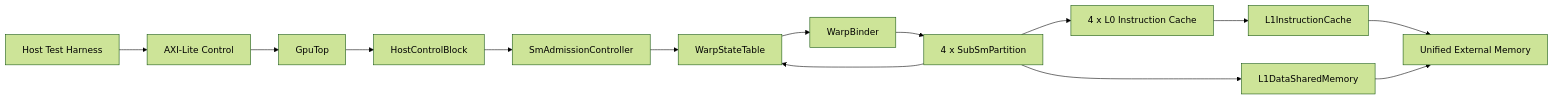
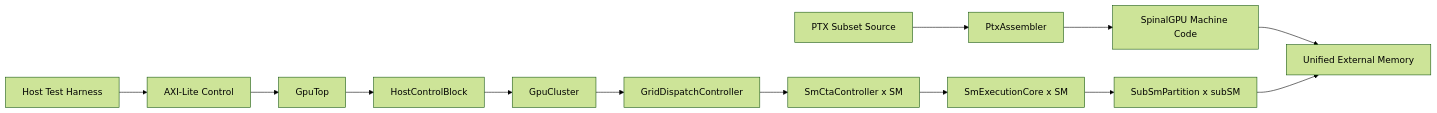
The diagram in docs/diagrams/frontend-execution.mmd (lastweek/SpinalGPU), drawn with Mermaid (forest theme) before and after one commit. The commit also changed 34 other files, not shown here.

```diff
--- a/docs/diagrams/frontend-execution.mmd
+++ b/docs/diagrams/frontend-execution.mmd
@@ -1,20 +1,20 @@
 flowchart LR
   HOST[Host Test Harness]
+  PTX[PTX Subset Source]
+  TOOLCHAIN[PtxAssembler]
+  BIN[SpinalGPU Machine Code]
   CSR[AXI-Lite Control]
   GPU[GpuTop]
   HCB[HostControlBlock]
-  SAC[SmAdmissionController]
-  WST[WarpStateTable]
-  BINDER[WarpBinder]
-  SUBS[4 x SubSmPartition]
-  L0I[4 x L0 Instruction Cache]
-  L1I[L1InstructionCache]
-  L1D[L1DataSharedMemory]
+  CLUSTER[GpuCluster]
+  GRID[GridDispatchController]
+  CTA[SmCtaController x SM]
+  SM[SmExecutionCore x SM]
+  SUBS[SubSmPartition x subSM]
   MEM[Unified External Memory]
 
+  PTX --> TOOLCHAIN --> BIN --> MEM
   HOST --> CSR --> GPU
-  GPU --> HCB --> SAC --> WST
-  WST --> BINDER --> SUBS
-  SUBS --> L0I --> L1I --> MEM
-  SUBS --> L1D --> MEM
-  SUBS --> WST
+  GPU --> HCB --> CLUSTER
+  CLUSTER --> GRID --> CTA --> SM --> SUBS
+  SUBS --> MEM
```
